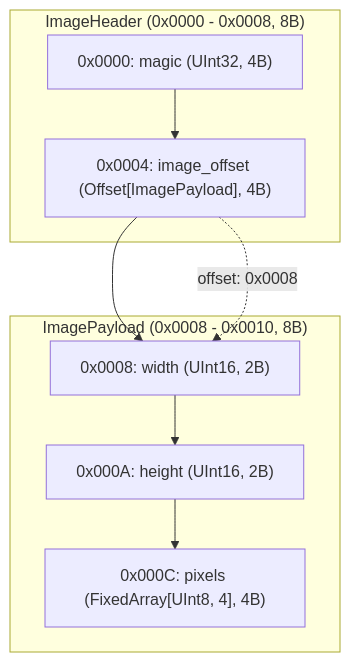
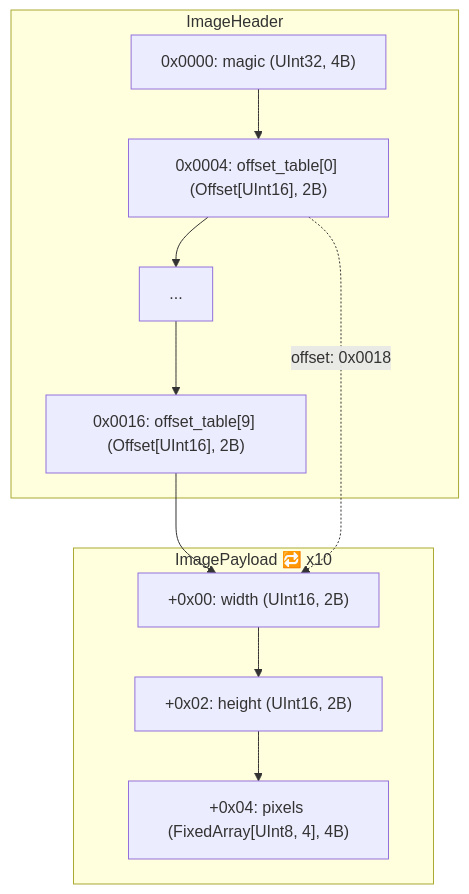
The first of 4 diagrams in manual.md (tamon-ishii/binary_master), drawn with Mermaid before and after one commit. The commit also changed other lines of this file and 12 other files, not shown here.

````diff
--- a/manual.md
+++ b/manual.md
@@ -13,17 +13,21 @@
 ```mermaid
 flowchart TD
-    subgraph SG_ImageHeader ["ImageHeader (0x0000 - 0x0008, 8B)"]
+    subgraph SG_ImageHeader ["ImageHeader"]
         N0["0x0000: magic (UInt32, 4B)"]
-        N1["0x0004: image_offset (Offset[ImagePayload], 4B)"]
+        N1["0x0004: offset_table[0] (Offset[UInt16], 2B)"]
+        N_omit_0_2["..."]
+        N10["0x0016: offset_table[9] (Offset[UInt16], 2B)"]
     end
-    subgraph SG_ImagePayload ["ImagePayload (0x0008 - 0x0010, 8B)"]
-        N2["0x0008: width (UInt16, 2B)"]
-        N3["0x000A: height (UInt16, 2B)"]
-        N4["0x000C: pixels (FixedArray[UInt8, 4], 4B)"]
+    subgraph SG_ImagePayload ["ImagePayload 🔁 x10"]
+        N11["+0x00: width (UInt16, 2B)"]
+        N12["+0x02: height (UInt16, 2B)"]
+        N13["+0x04: pixels (FixedArray[UInt8, 4], 4B)"]
     end
     N0 --> N1
-    N1 --> N2
-    N2 --> N3
-    N3 --> N4
-    N1 -.->|"offset: 0x0008"| N2
+    N1 --> N_omit_0_2
+    N_omit_0_2 --> N10
+    N10 --> N11
+    N11 --> N12
+    N12 --> N13
+    N1 -.->|"offset: 0x0018"| N11
 ```
````
